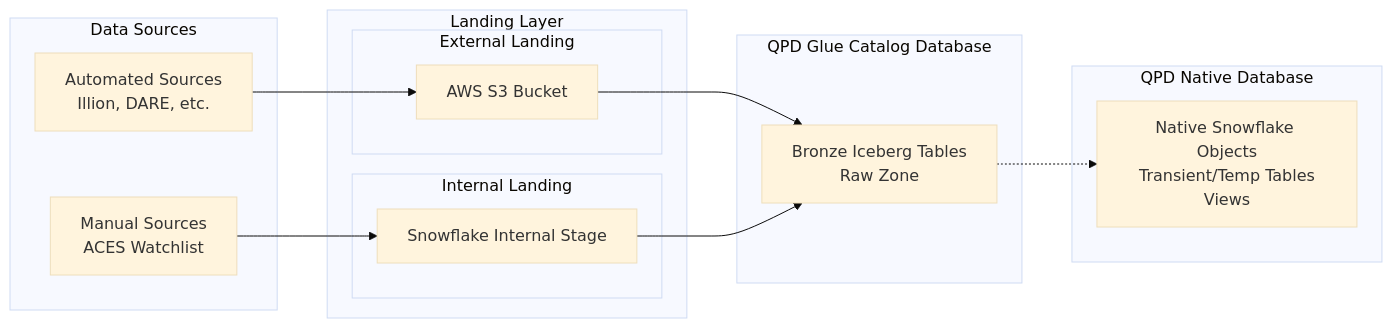
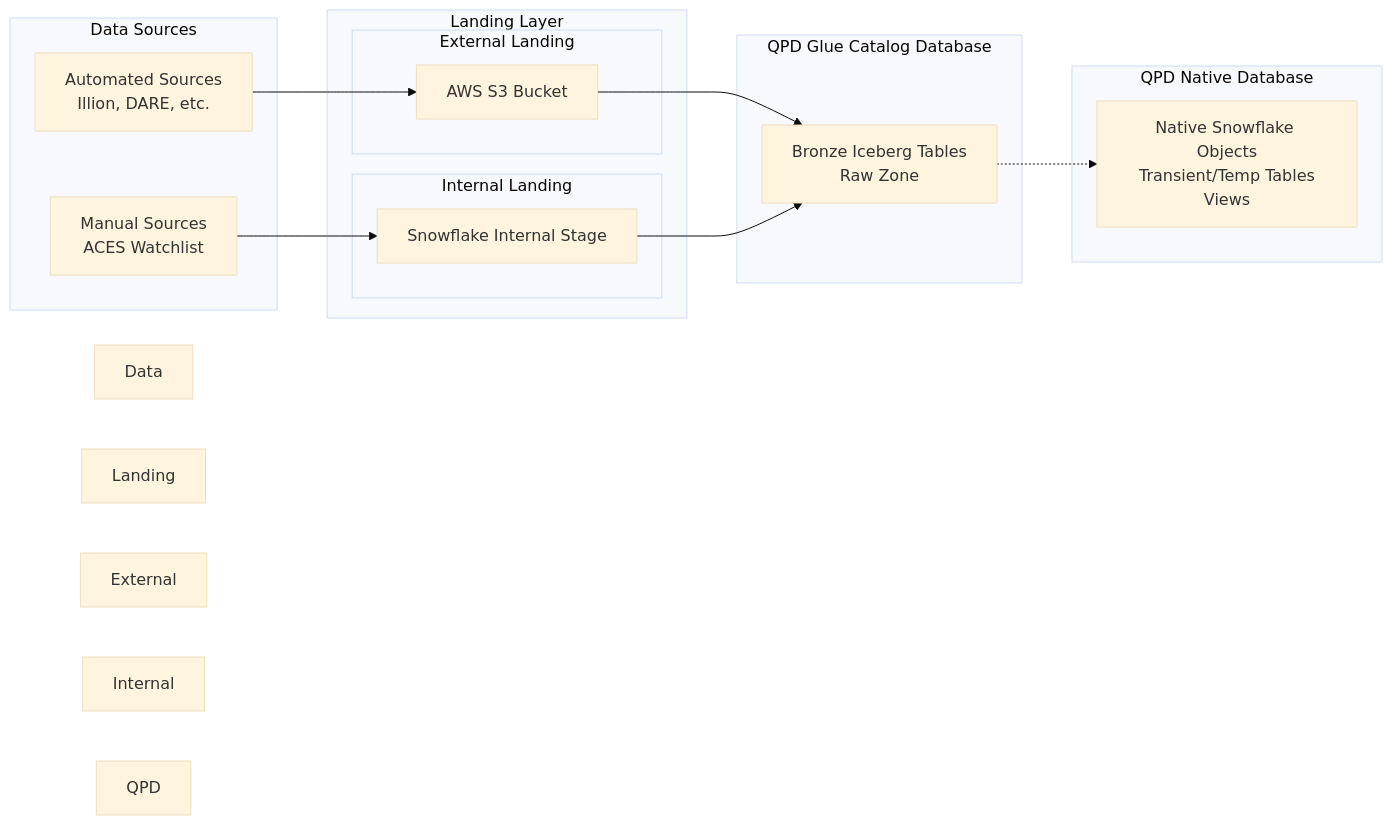
One commit to sfc-gh-mhindi/REPO_CBA changed the first of 19 diagrams in 15-BB-QPD Future State/QPD - Future State.md. Above: the diagram before and after it, drawn with Mermaid (base theme).

Commit message:
Update QPD - Future State.md

````diff
--- a/15-BB-QPD Future State/QPD - Future State.md
+++ b/15-BB-QPD Future State/QPD - Future State.md
@@ -208,30 +208,37 @@
 ```mermaid
 graph LR
     subgraph "Data Sources"
         Auto[Automated Sources<br/>Illion, DARE, etc.]
         Manual[Manual Sources<br/>ACES Watchlist]
     end
     
     subgraph "Landing Layer"
         subgraph "External Landing"
             S3[AWS S3 Bucket]
         end
         subgraph "Internal Landing" 
             SF_Stage[Snowflake Internal Stage]
         end
     end
     
     subgraph "QPD Glue Catalog Database"
         Bronze[Bronze Iceberg Tables<br/>Raw Zone]
     end
     
     subgraph "QPD Native Database"
         Native[Native Snowflake Objects<br/>Transient/Temp Tables<br/>Views]
     end
     
     Auto --> S3
     Manual --> SF_Stage
     S3 --> Bronze
     SF_Stage --> Bronze
     Bronze -.-> Native
+    
+    style Data Sources fill:#edf5ff
+    style Landing Layer fill:#edf5ff
+    style External Landing fill:#edf5ff
+    style Internal Landing fill:#edf5ff
+    style QPD Glue Catalog Database fill:#edf5ff
+    style QPD Native Database fill:#edf5ff
 ```
````
